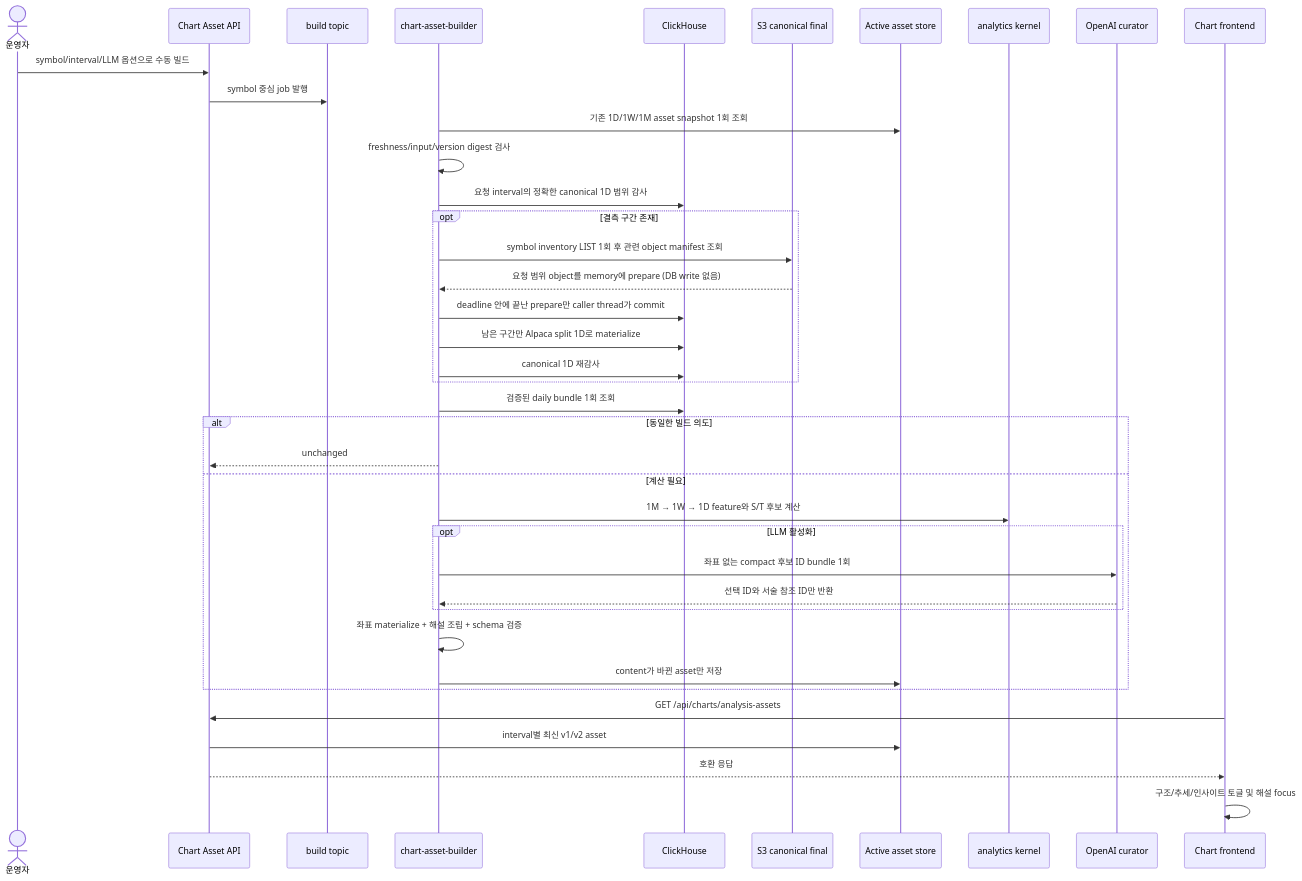
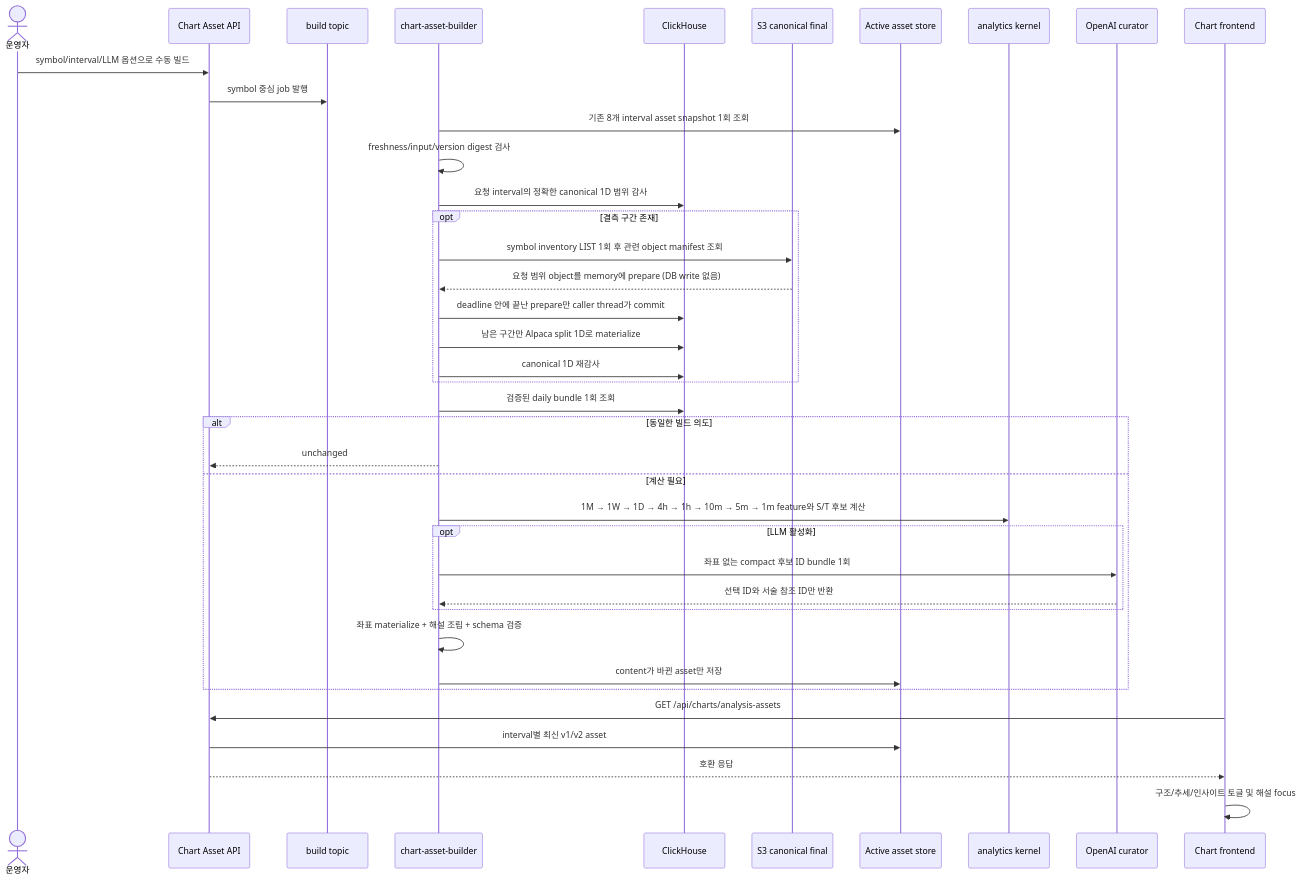
The second of 9 diagrams in docs/CHART_ANALYSIS_ASSETS.md (seunglee10/GOPS-BE), drawn with Mermaid before and after one commit. The commit also changed other lines of this file and 4 other files, not shown here.

Commit message:
docs: document multi-interval pattern asset contracts

````diff
--- a/docs/CHART_ANALYSIS_ASSETS.md
+++ b/docs/CHART_ANALYSIS_ASSETS.md
@@ -29,42 +29,42 @@
 ```mermaid
 sequenceDiagram
   actor Operator as 운영자
   participant API as Chart Asset API
   participant Kafka as build topic
   participant Worker as chart-asset-builder
   participant CH as ClickHouse
   participant S3 as S3 canonical final
   participant Store as Active asset store
   participant Kernel as analytics kernel
   participant LLM as OpenAI curator
   participant UI as Chart frontend
 
   Operator->>API: symbol/interval/LLM 옵션으로 수동 빌드
   API->>Kafka: symbol 중심 job 발행
-  Worker->>Store: 기존 1D/1W/1M asset snapshot 1회 조회
+  Worker->>Store: 기존 8개 interval asset snapshot 1회 조회
   Worker->>Worker: freshness/input/version digest 검사
   Worker->>CH: 요청 interval의 정확한 canonical 1D 범위 감사
   opt 결측 구간 존재
     Worker->>S3: symbol inventory LIST 1회 후 관련 object manifest 조회
     S3-->>Worker: 요청 범위 object를 memory에 prepare (DB write 없음)
     Worker->>CH: deadline 안에 끝난 prepare만 caller thread가 commit
     Worker->>CH: 남은 구간만 Alpaca split 1D로 materialize
     Worker->>CH: canonical 1D 재감사
   end
   Worker->>CH: 검증된 daily bundle 1회 조회
   alt 동일한 빌드 의도
     Worker-->>API: unchanged
   else 계산 필요
-    Worker->>Kernel: 1M → 1W → 1D feature와 S/T 후보 계산
+    Worker->>Kernel: 1M → 1W → 1D → 4h → 1h → 10m → 5m → 1m feature와 S/T 후보 계산
     opt LLM 활성화
       Worker->>LLM: 좌표 없는 compact 후보 ID bundle 1회
       LLM-->>Worker: 선택 ID와 서술 참조 ID만 반환
     end
     Worker->>Worker: 좌표 materialize + 해설 조립 + schema 검증
     Worker->>Store: content가 바뀐 asset만 저장
   end
   UI->>API: GET /api/charts/analysis-assets
   API->>Store: interval별 최신 v1/v2 asset
   API-->>UI: 호환 응답
   UI->>UI: 구조/추세/인사이트 토글 및 해설 focus
 ```
````
